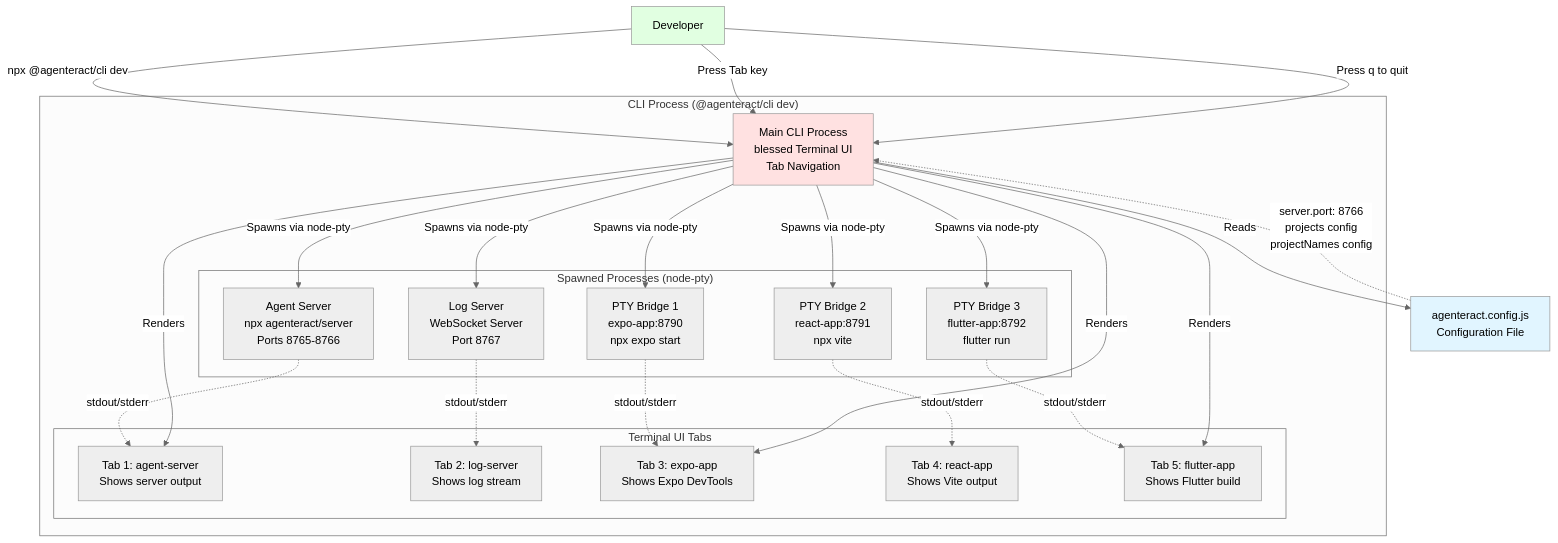
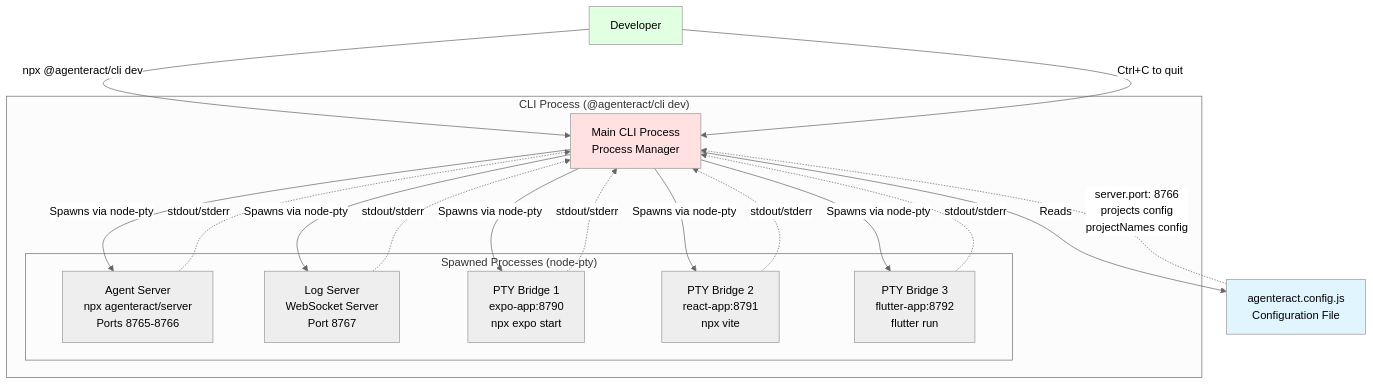
The fifth of 8 diagrams in docs/ARCHITECTURE.md (agenteract/agenteract), drawn with Mermaid (neutral theme) before and after one commit. The commit also changed other lines of this file, not shown here.

First line of the commit message:
docs: fix technology stack inaccuracies in architecture documentation

````diff
--- a/docs/ARCHITECTURE.md
+++ b/docs/ARCHITECTURE.md
@@ -354,53 +354,40 @@
 ```mermaid
 graph TB
     subgraph "CLI Process (@agenteract/cli dev)"
-        MAIN[Main CLI Process<br/>blessed Terminal UI<br/>Tab Navigation]
+        MAIN[Main CLI Process<br/>Process Manager]
 
         subgraph "Spawned Processes (node-pty)"
             SERVER["Agent Server<br/>npx agenteract/server<br/>Ports 8765-8766"]
             LOG["Log Server<br/>WebSocket Server<br/>Port 8767"]
             PTY1[PTY Bridge 1<br/>expo-app:8790<br/>npx expo start]
             PTY2[PTY Bridge 2<br/>react-app:8791<br/>npx vite]
             PTY3[PTY Bridge 3<br/>flutter-app:8792<br/>flutter run]
-        end
-
-        subgraph "Terminal UI Tabs"
-            TAB1[Tab 1: agent-server<br/>Shows server output]
-            TAB2[Tab 2: log-server<br/>Shows log stream]
-            TAB3[Tab 3: expo-app<br/>Shows Expo DevTools]
-            TAB4[Tab 4: react-app<br/>Shows Vite output]
-            TAB5[Tab 5: flutter-app<br/>Shows Flutter build]
         end
     end
 
     USER[Developer]
     CONFIG[agenteract.config.js<br/>Configuration File]
 
     USER -->|npx @agenteract/cli dev| MAIN
     MAIN -->|Reads| CONFIG
 
     CONFIG -.->|server.port: 8766<br/>projects config<br/>projectNames config| MAIN
 
     MAIN -->|Spawns via node-pty| SERVER
     MAIN -->|Spawns via node-pty| LOG
     MAIN -->|Spawns via node-pty| PTY1
     MAIN -->|Spawns via node-pty| PTY2
     MAIN -->|Spawns via node-pty| PTY3
 
-    SERVER -.->|stdout/stderr| TAB1
-    LOG -.->|stdout/stderr| TAB2
-    PTY1 -.->|stdout/stderr| TAB3
-    PTY2 -.->|stdout/stderr| TAB4
-    PTY3 -.->|stdout/stderr| TAB5
+    SERVER -.->|stdout/stderr| MAIN
+    LOG -.->|stdout/stderr| MAIN
+    PTY1 -.->|stdout/stderr| MAIN
+    PTY2 -.->|stdout/stderr| MAIN
+    PTY3 -.->|stdout/stderr| MAIN
 
-    USER -->|Press Tab key| MAIN
-    USER -->|Press q to quit| MAIN
-
-    MAIN -->|Renders| TAB1
-    MAIN -->|Renders| TAB3
-    MAIN -->|Renders| TAB5
+    USER -->|Ctrl+C to quit| MAIN
 
     style MAIN fill:#ffe1e1
     style CONFIG fill:#e1f5ff
     style USER fill:#e1ffe1
 ```
````
